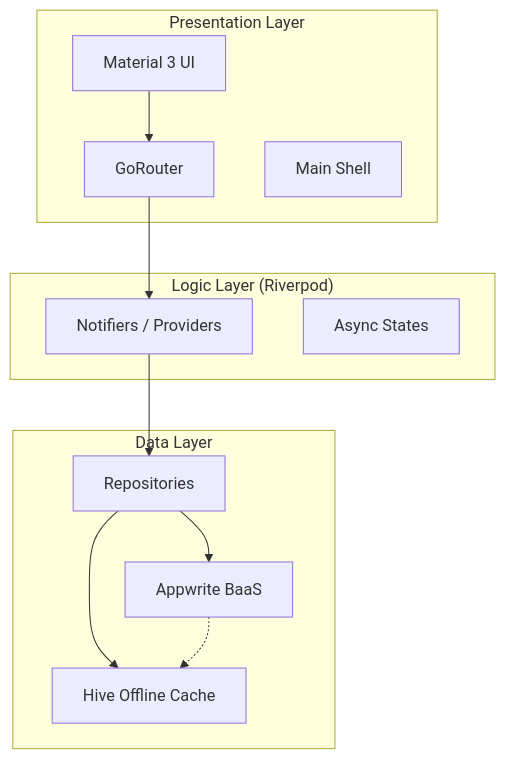
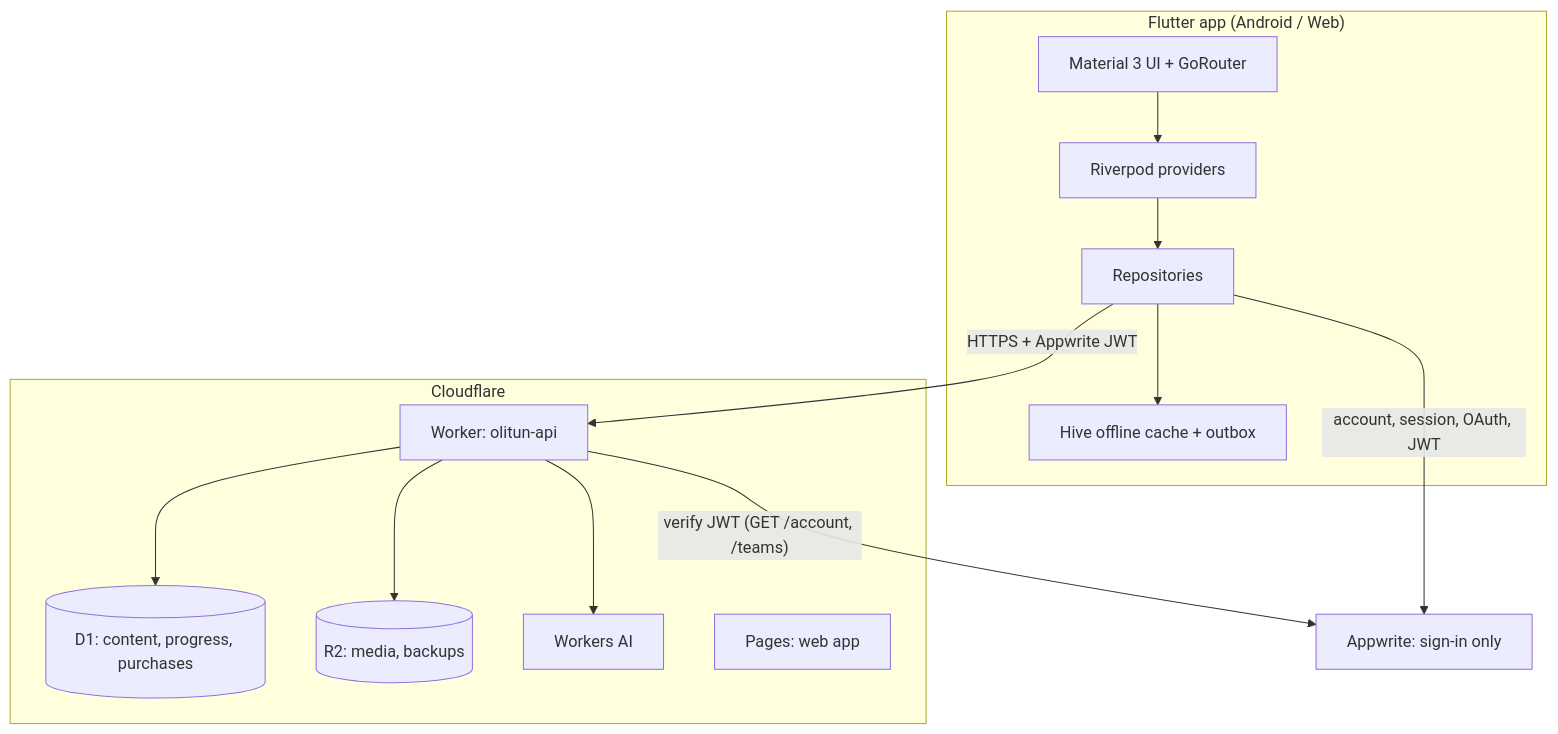
One commit to Kh3rwa1/olitunapp changed the diagram in README.md. Above: the diagram before and after it, drawn with Mermaid. The commit also changed other lines of this file and 268 other files, not shown here.

First line of the commit message:
chore: remove dead Appwrite Functions/Vercel, move CSP to Cloudflare Pages

````diff
--- a/README.md
+++ b/README.md
@@ -79,26 +79,28 @@
 ```mermaid
 graph TB
-    subgraph "Presentation Layer"
-        UI[Material 3 UI]
-        Router[GoRouter]
-        Shell[Main Shell]
+    subgraph "Flutter app (Android / Web)"
+        UI[Material 3 UI + GoRouter]
+        NP[Riverpod providers]
+        Repo[Repositories]
+        Hive[Hive offline cache + outbox]
     end
 
-    subgraph "Logic Layer (Riverpod)"
-        NP[Notifiers / Providers]
-        States[Async States]
+    subgraph "Cloudflare"
+        Worker[Worker: olitun-api]
+        D1[(D1: content, progress, purchases)]
+        R2[(R2: media, backups)]
+        AI[Workers AI]
+        Pages[Pages: web app]
     end
 
-    subgraph "Data Layer"
-        Repo[Repositories]
-        Appwrite[Appwrite BaaS]
-        Hive[Hive Offline Cache]
-    end
+    Appwrite[Appwrite: sign-in only]
 
-    UI --> Router
-    Router --> NP
-    NP --> Repo
-    Repo --> Appwrite
+    UI --> NP --> Repo
     Repo --> Hive
-    Appwrite -.-> Hive
+    Repo -- "HTTPS + Appwrite JWT" --> Worker
+    Repo -- "account, session, OAuth, JWT" --> Appwrite
+    Worker -- "verify JWT (GET /account, /teams)" --> Appwrite
+    Worker --> D1
+    Worker --> R2
+    Worker --> AI
 ```
````
